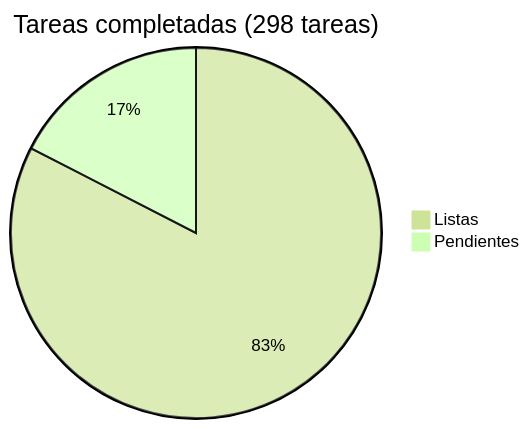
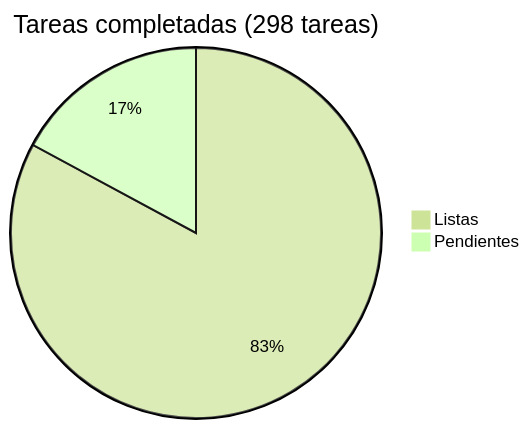
The diagram in docs/roadmap/README.md (araguaney-lat/araguaney), drawn with Mermaid (forest theme) before and after one commit. The commit also changed other lines of this file and 31 other files, not shown here.

````diff
--- a/docs/roadmap/README.md
+++ b/docs/roadmap/README.md
@@ -5,5 +5,5 @@
 ```mermaid
 pie title Tareas completadas (298 tareas)
-    "Listas" : 246
-    "Pendientes" : 52
+    "Listas" : 247
+    "Pendientes" : 51
 ```
````
